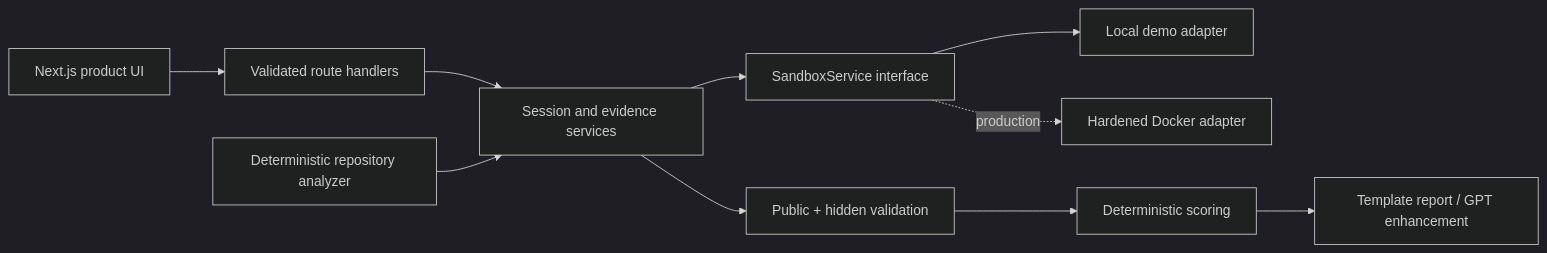
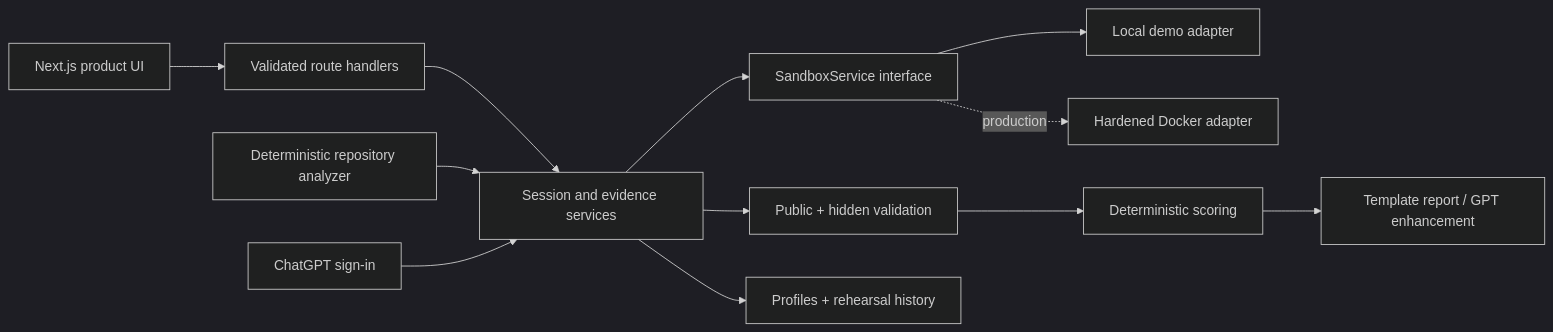
The diagram in docs/ARCHITECTURE.md (agcodin/reporehearsal), drawn with Mermaid (dark theme) before and after one commit. The commit also changed other lines of this file and 31 other files, not shown here.

````diff
--- a/docs/ARCHITECTURE.md
+++ b/docs/ARCHITECTURE.md
@@ -5,12 +5,14 @@
 ```mermaid
 flowchart LR
   UI[Next.js product UI] --> API[Validated route handlers]
   API --> Sessions[Session and evidence services]
   Sessions --> Sandbox[SandboxService interface]
   Sandbox --> Local[Local demo adapter]
   Sandbox -. production .-> Docker[Hardened Docker adapter]
   Sessions --> Validate[Public + hidden validation]
   Validate --> Score[Deterministic scoring]
   Score --> Report[Template report / GPT enhancement]
   Analyzer[Deterministic repository analyzer] --> Sessions
+  Auth[ChatGPT sign-in] --> Sessions
+  Sessions --> D1[Profiles + rehearsal history]
 ```
````
